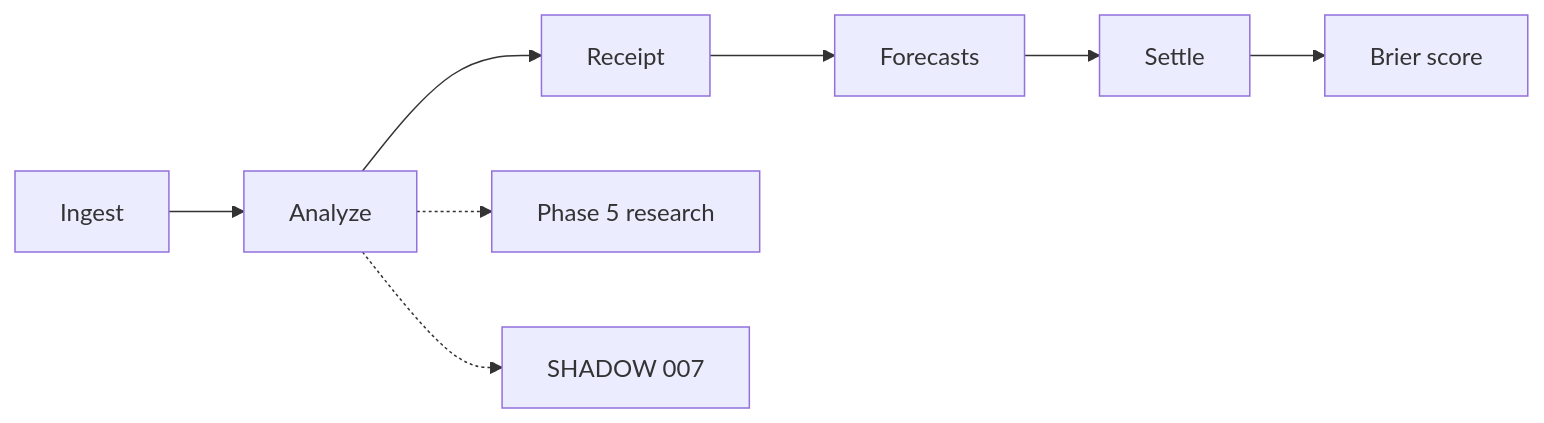
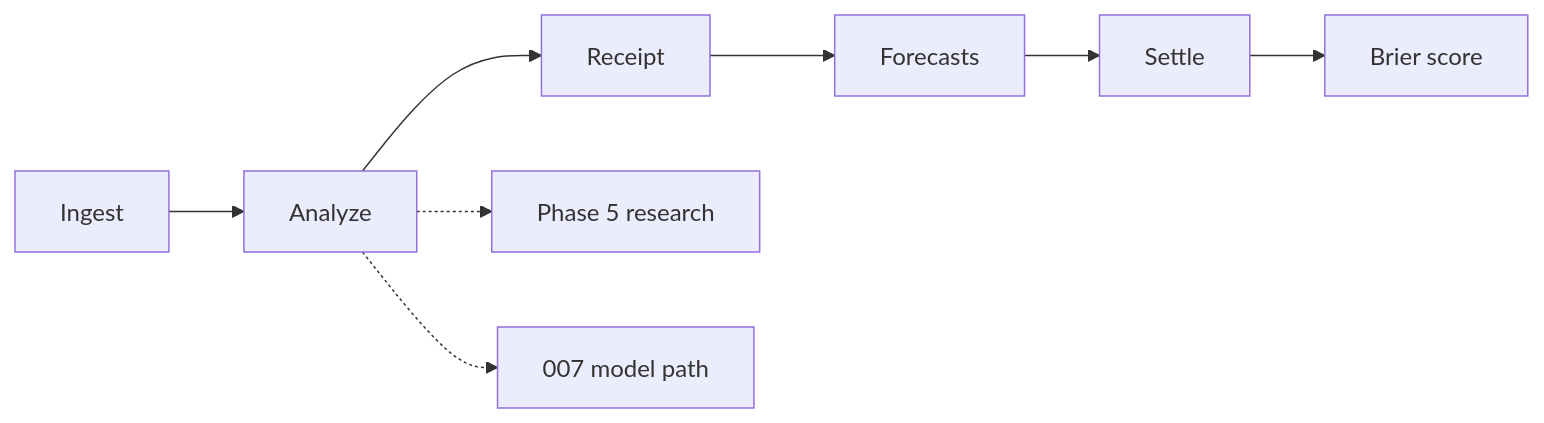
The diagram in docs/index.md (scrimshawlife-ctrl/Hyperlex), drawn with Mermaid before and after one commit. The commit also changed other lines of this file and 13 other files, not shown here.

First line of the commit message:
docs: reframe front door as skill now, model next (007 SHADOW)

````diff
--- a/docs/index.md
+++ b/docs/index.md
@@ -23,10 +36,10 @@
 ```mermaid
 flowchart LR
   A[Ingest] --> B[Analyze]
   B --> C[Receipt]
   C --> D[Forecasts]
   D --> E[Settle]
   E --> F[Brier score]
   B -.-> G[Phase 5 research]
-  B -.-> H[SHADOW 007]
+  B -.-> H[007 model path]
 ```
````
